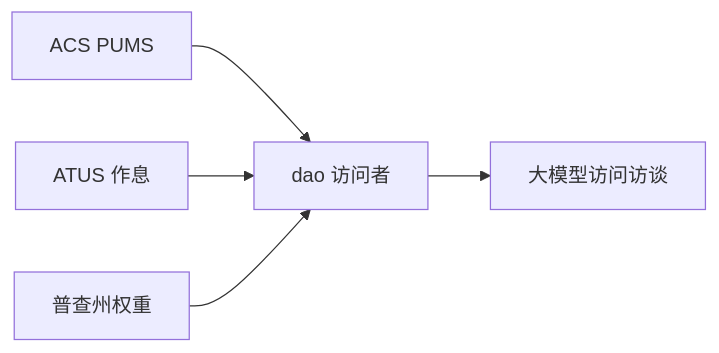
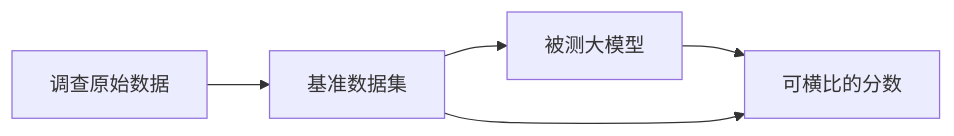
The diagram in README.md (csxAIEngineer/BenchMarkForSimulation), drawn with Mermaid before and after one commit. The commit also changed other lines of this file and 26 other files, not shown here.

````diff
--- a/README.md
+++ b/README.md
@@ -14,12 +7,11 @@
 ```mermaid
 flowchart LR
-  acs[ACS PUMS]
-  atus[ATUS 作息]
-  census[普查州权重]
-  dao[dao 访问者]
-  sim[大模型访问访谈]
-  acs --> dao
-  atus --> dao
-  census --> dao
-  dao --> sim
+  sources[调查原始数据]
+  dataset[基准数据集]
+  model[被测大模型]
+  score[可横比的分数]
+  sources --> dataset
+  dataset --> model
+  model --> score
+  dataset --> score
 ```
````
